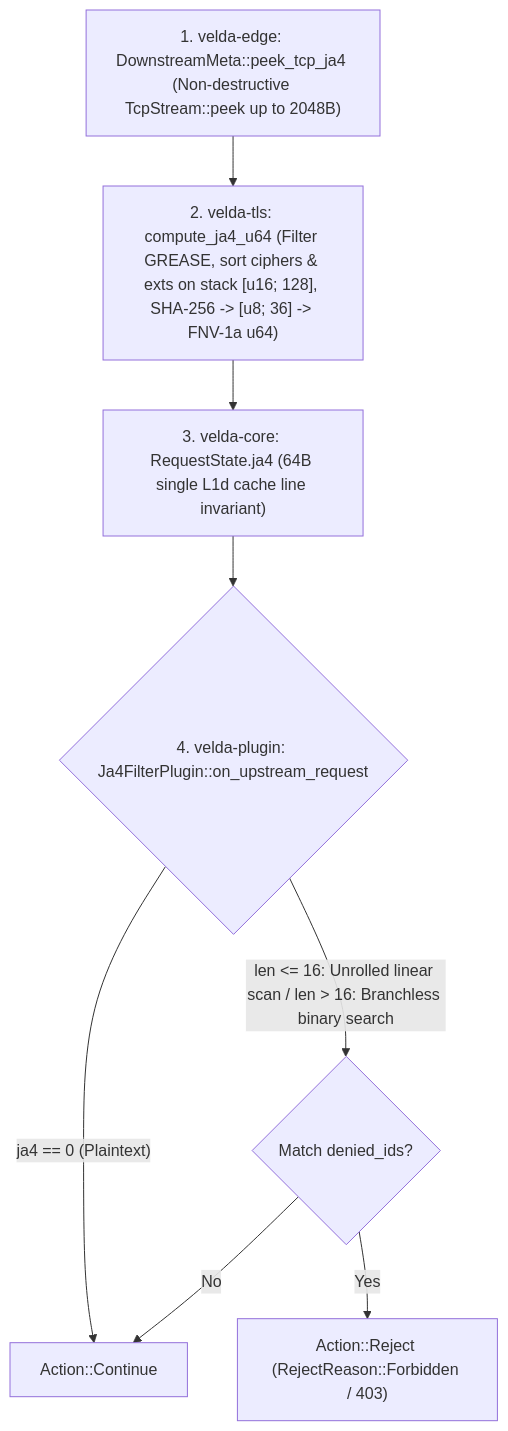
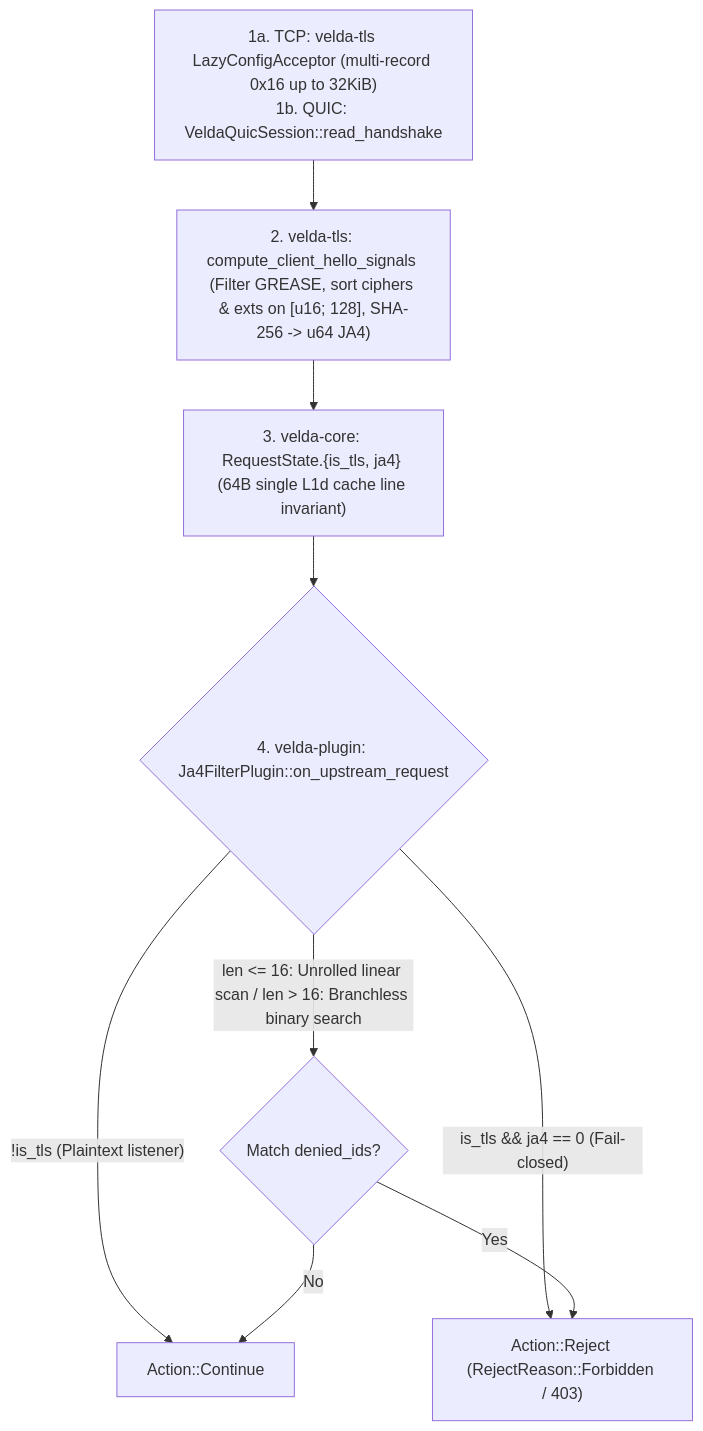
Before and after one commit to phucle996/velda-edge: the diagram in crates/velda-plugin/src/pre_upstream/ja4_filter/ARCHITECTURE.md, drawn with Mermaid. The commit also changed other lines of this file and 63 other files, not shown here.

````diff
--- a/crates/velda-plugin/src/pre_upstream/ja4_filter/ARCHITECTURE.md
+++ b/crates/velda-plugin/src/pre_upstream/ja4_filter/ARCHITECTURE.md
@@ -5,10 +5,11 @@
 ```mermaid
 flowchart TD
-    A["1. velda-edge: DownstreamMeta::peek_tcp_ja4 (Non-destructive TcpStream::peek up to 2048B)"] --> B["2. velda-tls: compute_ja4_u64 (Filter GREASE, sort ciphers & exts on stack [u16; 128], SHA-256 -> [u8; 36] -> FNV-1a u64)"]
-    B --> C["3. velda-core: RequestState.ja4 (64B single L1d cache line invariant)"]
+    A["1a. TCP: velda-tls LazyConfigAcceptor (multi-record 0x16 up to 32KiB)<br/>1b. QUIC: VeldaQuicSession::read_handshake"] --> B["2. velda-tls: compute_client_hello_signals (Filter GREASE, sort ciphers & exts on [u16; 128], SHA-256 -> u64 JA4)"]
+    B --> C["3. velda-core: RequestState.{is_tls, ja4} (64B single L1d cache line invariant)"]
     C --> D{"4. velda-plugin: Ja4FilterPlugin::on_upstream_request"}
-    D -->|"ja4 == 0 (Plaintext)"| E["Action::Continue"]
+    D -->|"!is_tls (Plaintext listener)"| E["Action::Continue"]
+    D -->|"is_tls && ja4 == 0 (Fail-closed)"| G["Action::Reject (RejectReason::Forbidden / 403)"]
     D -->|"len <= 16: Unrolled linear scan / len > 16: Branchless binary search"| F{"Match denied_ids?"}
-    F -->|"Yes"| G["Action::Reject (RejectReason::Forbidden / 403)"]
+    F -->|"Yes"| G
     F -->|"No"| E
 ```
````
